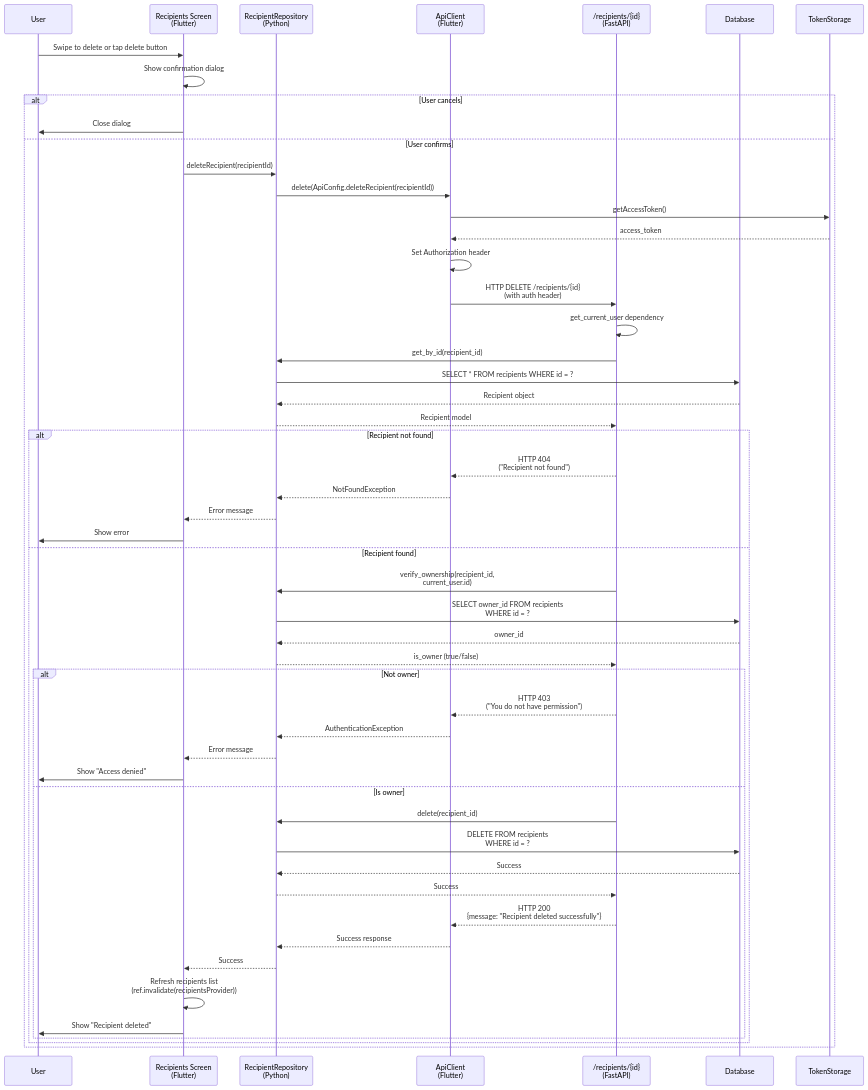
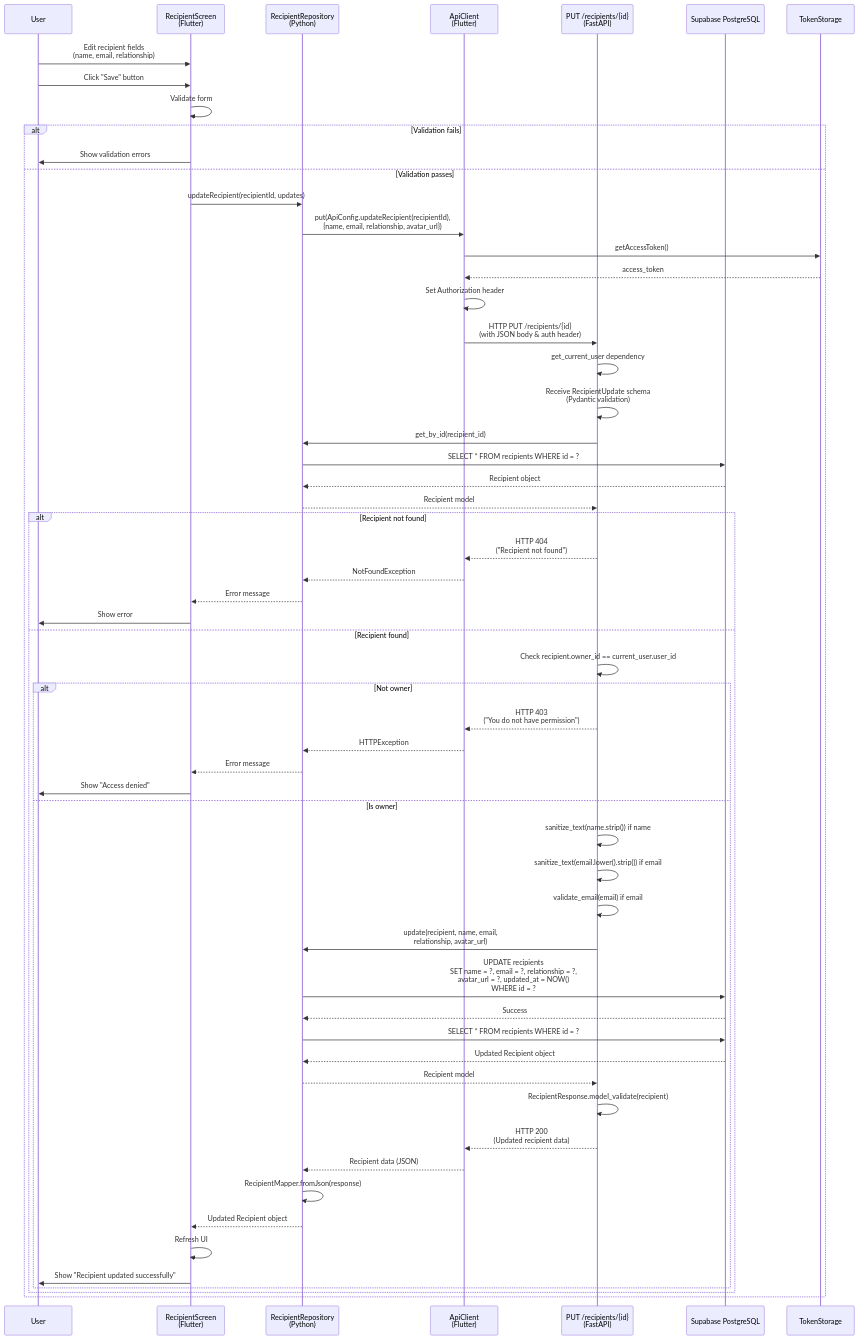
Diagram 13 of 20 in docs/SEQUENCE_DIAGRAMS.md (sunilkumarvuppala/open-on-app), drawn with Mermaid before and after one commit. The commit also changed other lines of this file and 64 other files, not shown here.

````diff
--- a/docs/SEQUENCE_DIAGRAMS.md
+++ b/docs/SEQUENCE_DIAGRAMS.md
@@ -1150,61 +1087,68 @@
 ```mermaid
 sequenceDiagram
     participant User
-    participant RecipientsScreen as Recipients Screen<br/>(Flutter)
-    participant RecipientRepo as RecipientRepository<br/>(Flutter)
+    participant RecipientScreen as RecipientScreen<br/>(Flutter)
+    participant RecipientRepo as ApiRecipientRepository<br/>(Flutter)
     participant ApiClient as ApiClient<br/>(Flutter)
-    participant RecipientAPI as /recipients/{id}<br/>(FastAPI)
+    participant RecipientAPI as PUT /recipients/{id}<br/>(FastAPI)
     participant RecipientRepo as RecipientRepository<br/>(Python)
-    participant DB as Database
+    participant DB as Supabase PostgreSQL
 
-    User->>RecipientsScreen: Swipe to delete or tap delete button
-    RecipientsScreen->>RecipientsScreen: Show confirmation dialog
+    User->>RecipientScreen: Edit recipient fields<br/>(name, email, relationship)
+    User->>RecipientScreen: Click "Save" button
+    RecipientScreen->>RecipientScreen: Validate form
     
-    alt User cancels
-        RecipientsScreen->>User: Close dialog
-    else User confirms
-        RecipientsScreen->>RecipientRepo: deleteRecipient(recipientId)
-        RecipientRepo->>ApiClient: delete(ApiConfig.deleteRecipient(recipientId))
+    alt Validation fails
+        RecipientScreen->>User: Show validation errors
+    else Validation passes
+        RecipientScreen->>RecipientRepo: updateRecipient(recipientId, updates)
+        RecipientRepo->>ApiClient: put(ApiConfig.updateRecipient(recipientId),<br/>{name, email, relationship, avatar_url})
         ApiClient->>TokenStorage: getAccessToken()
         TokenStorage-->>ApiClient: access_token
         ApiClient->>ApiClient: Set Authorization header
-        ApiClient->>RecipientAPI: HTTP DELETE /recipients/{id}<br/>(with auth header)
+        ApiClient->>RecipientAPI: HTTP PUT /recipients/{id}<br/>(with JSON body & auth header)
         
         RecipientAPI->>RecipientAPI: get_current_user dependency
+        RecipientAPI->>RecipientAPI: Receive RecipientUpdate schema<br/>(Pydantic validation)
         RecipientAPI->>RecipientRepo: get_by_id(recipient_id)
         RecipientRepo->>DB: SELECT * FROM recipients WHERE id = ?
         DB-->>RecipientRepo: Recipient object
         RecipientRepo-->>RecipientAPI: Recipient model
         
         alt Recipient not found
             RecipientAPI-->>ApiClient: HTTP 404<br/>("Recipient not found")
             ApiClient-->>RecipientRepo: NotFoundException
-            RecipientRepo-->>RecipientsScreen: Error message
-            RecipientsScreen->>User: Show error
+            RecipientRepo-->>RecipientScreen: Error message
+            RecipientScreen->>User: Show error
         else Recipient found
-            RecipientAPI->>RecipientRepo: verify_ownership(recipient_id,<br/>current_user.id)
-            RecipientRepo->>DB: SELECT owner_id FROM recipients<br/>WHERE id = ?
-            DB-->>RecipientRepo: owner_id
-            RecipientRepo-->>RecipientAPI: is_owner (true/false)
+            RecipientAPI->>RecipientAPI: Check recipient.owner_id == current_user.user_id
             
             alt Not owner
                 RecipientAPI-->>ApiClient: HTTP 403<br/>("You do not have permission")
-                ApiClient-->>RecipientRepo: AuthenticationException
-                RecipientRepo-->>RecipientsScreen: Error message
-                RecipientsScreen->>User: Show "Access denied"
+                ApiClient-->>RecipientRepo: HTTPException
+                RecipientRepo-->>RecipientScreen: Error message
+                RecipientScreen->>User: Show "Access denied"
             else Is owner
-                RecipientAPI->>RecipientRepo: delete(recipient_id)
-                RecipientRepo->>DB: DELETE FROM recipients<br/>WHERE id = ?
+                RecipientAPI->>RecipientAPI: sanitize_text(name.strip()) if name
+                RecipientAPI->>RecipientAPI: sanitize_text(email.lower().strip()) if email
+                RecipientAPI->>RecipientAPI: validate_email(email) if email
+                
+                RecipientAPI->>RecipientRepo: update(recipient, name, email,<br/>relationship, avatar_url)
+                RecipientRepo->>DB: UPDATE recipients<br/>SET name = ?, email = ?, relationship = ?,<br/>avatar_url = ?, updated_at = NOW()<br/>WHERE id = ?
                 DB-->>RecipientRepo: Success
-                RecipientRepo-->>RecipientAPI: Success
+                RecipientRepo->>DB: SELECT * FROM recipients WHERE id = ?
+                DB-->>RecipientRepo: Updated Recipient object
+                RecipientRepo-->>RecipientAPI: Recipient model
                 
-                RecipientAPI-->>ApiClient: HTTP 200<br/>{message: "Recipient deleted successfully"}
+                RecipientAPI->>RecipientAPI: RecipientResponse.model_validate(recipient)
+                RecipientAPI-->>ApiClient: HTTP 200<br/>(Updated recipient data)
                 
-                ApiClient-->>RecipientRepo: Success response
-                RecipientRepo-->>RecipientsScreen: Success
-                RecipientsScreen->>RecipientsScreen: Refresh recipients list<br/>(ref.invalidate(recipientsProvider))
-                RecipientsScreen->>User: Show "Recipient deleted"
+                ApiClient-->>RecipientRepo: Recipient data (JSON)
+                RecipientRepo->>RecipientRepo: RecipientMapper.fromJson(response)
+                RecipientRepo-->>RecipientScreen: Updated Recipient object
+                RecipientScreen->>RecipientScreen: Refresh UI
+                RecipientScreen->>User: Show "Recipient updated successfully"
             end
         end
     end
 ```
````
